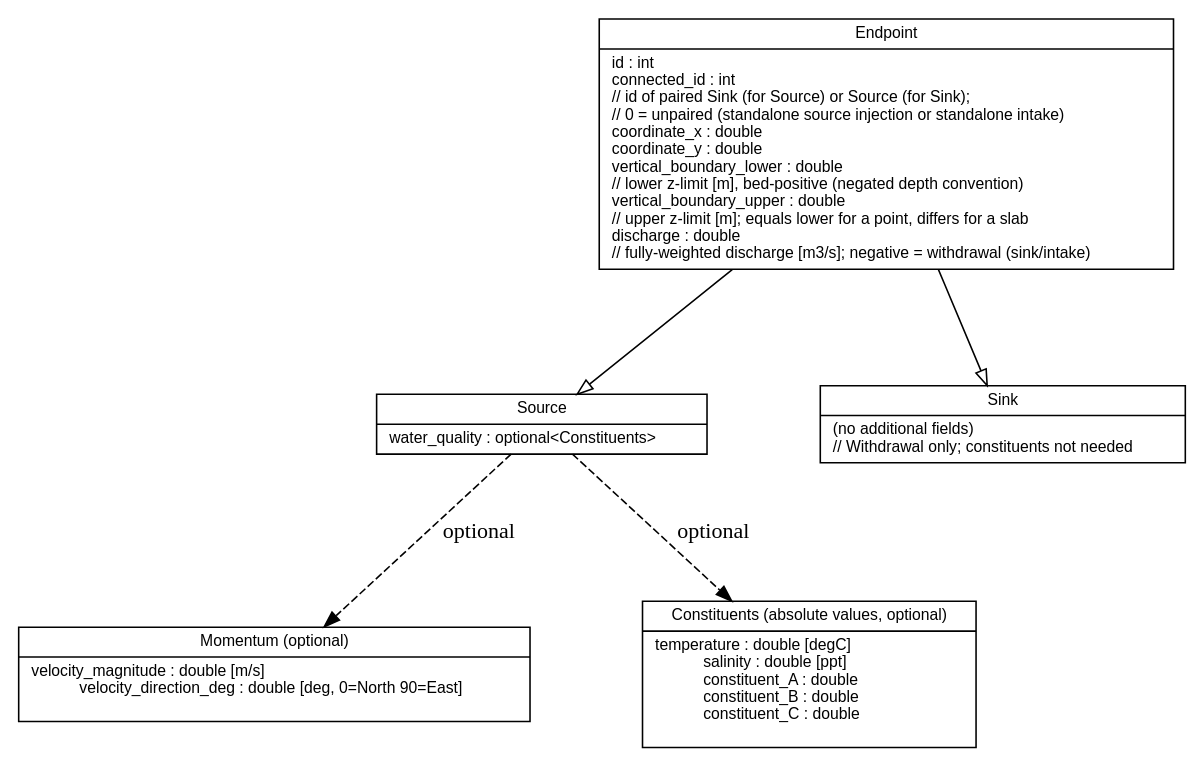
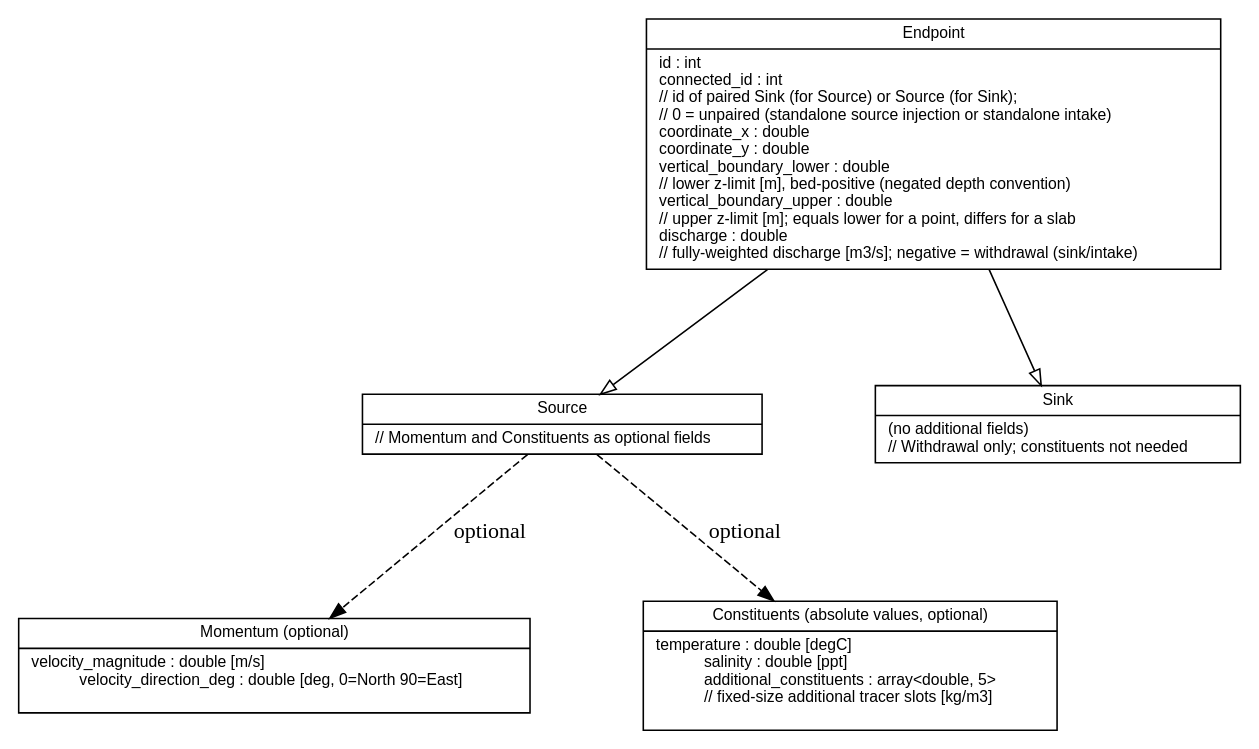
The diagram in src/tools_gpl/pre_c_sumo/docs/SourceSink_NF2FF.dot (Deltares/Delft3D), drawn with Graphviz before and after one commit. The commit also changed 2 other files, not shown here.

```diff
--- a/src/tools_gpl/pre_c_sumo/docs/SourceSink_NF2FF.dot
+++ b/src/tools_gpl/pre_c_sumo/docs/SourceSink_NF2FF.dot
@@ -1,86 +1,85 @@
 // Data structure for the NF2FF (NearField-to-FarField) source/sink point cloud
 // exchanged from preC-SUMO adapter to D-Flow FM via preCICE.
 //
 // Design note (Constituents):
 //   Constituent values are always ABSOLUTE concentrations [kg/m3 or degC].
 //   When the near-field model uses an "excess" operator the preC-SUMO adapter
 //   first reads ambient concentrations from FM (via a separate preCICE read-data on
 //   the IntakeMesh), applies the delta itself, and then sends the resulting absolute
 //   values here.  FM therefore never needs to know whether the operator was
 //   "absolute" or "excess".
 //
 // Design note (discharge):
 //   The per-point discharge is the fully-weighted value ready for FM to accumulate:
 //     - discharge source  : Q_total * weight_fraction
 //     - discharge entrainment: (IS[i] - IS[i-1]) * Q_total * weight_fraction
 //     - discharge intake  : Q_intake * weight_fraction  (negative, i.e. withdrawal)
 //   FM does NOT need to know the dilution S-factor or weight formula.
 
 digraph SourceSinkUML {
     graph [
         splines=polyline,
         nodesep=1,
         ranksep=1
     ];
 
     node [
         shape=record,
         fontname="Helvetica",
         fontsize=10
     ];
 
     Endpoint [
         label="{Endpoint|
             id : int\l
             connected_id : int\l
             // id of paired Sink (for Source) or Source (for Sink);\l
             // 0 = unpaired (standalone source injection or standalone intake)\l
             coordinate_x : double\l
             coordinate_y : double\l
             vertical_boundary_lower : double\l
             // lower z-limit [m], bed-positive (negated depth convention)\l
             vertical_boundary_upper : double\l
             // upper z-limit [m]; equals lower for a point, differs for a slab\l
             discharge : double\l
             // fully-weighted discharge [m3/s]; negative = withdrawal (sink/intake)\l
         }"
     ];
 
     Momentum [
         label="{Momentum (optional)|
             velocity_magnitude : double\ [m/s]\l
             velocity_direction_deg : double\ [deg, 0=North 90=East]\l
         }"
     ];
 
     Constituents [
         label="{Constituents (absolute values, optional)|
             temperature : double\ [degC]\l
             salinity : double\ [ppt]\l
-            constituent_A : double\l
-            constituent_B : double\l
-            constituent_C : double\l
+            additional_constituents : array\<double, 5\>\l
+            // fixed-size additional tracer slots [kg/m3]\l
         }"
     ];
 
     Source [
         label="{Source|
-            water_quality : optional\<Constituents\>\l
+            // Momentum and Constituents as optional fields\l
         }"
     ];
 
     Sink [
         label="{Sink|
             (no additional fields)\l
             // Withdrawal only; constituents not needed\l
         }"
     ];
 
     // Inheritance
     Endpoint -> Source [arrowhead="empty"];
     Endpoint -> Sink   [arrowhead="empty"];
 
     // Composition (optional)
     Source -> Momentum     [style="dashed", label="optional"];
     Source -> Constituents [style="dashed", label="optional"];
 }
```
